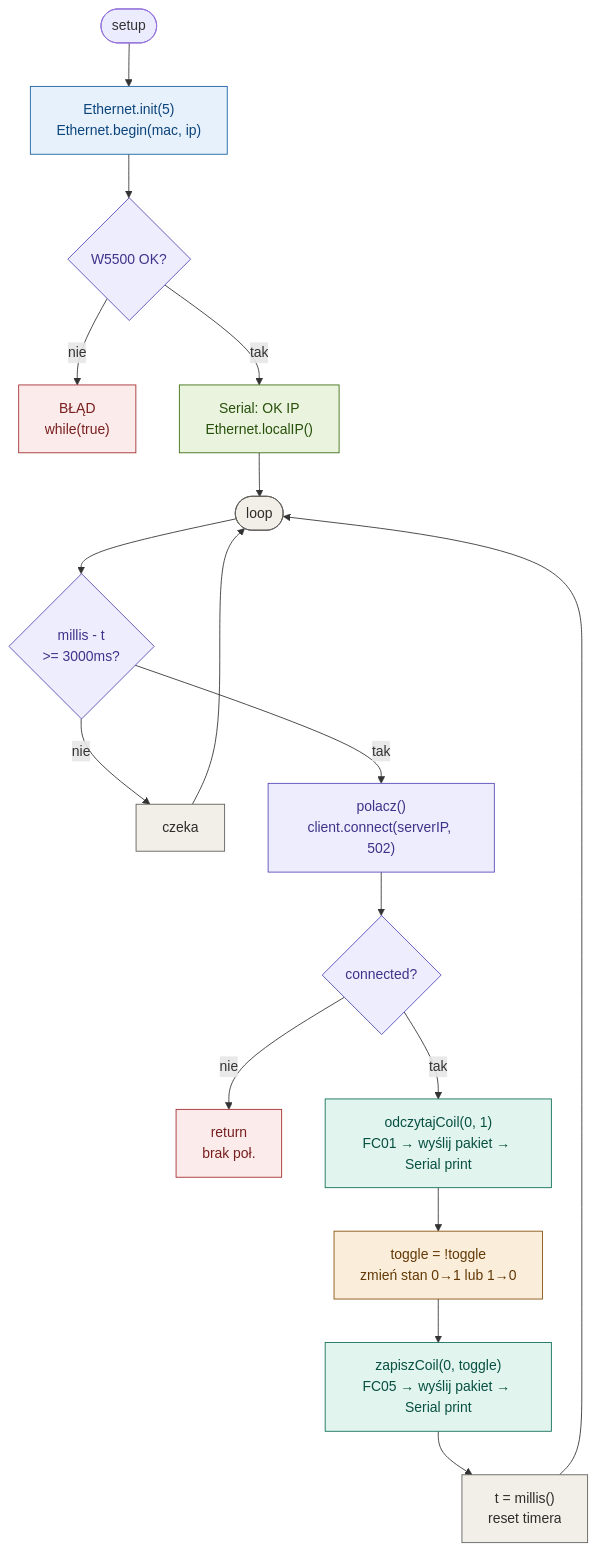
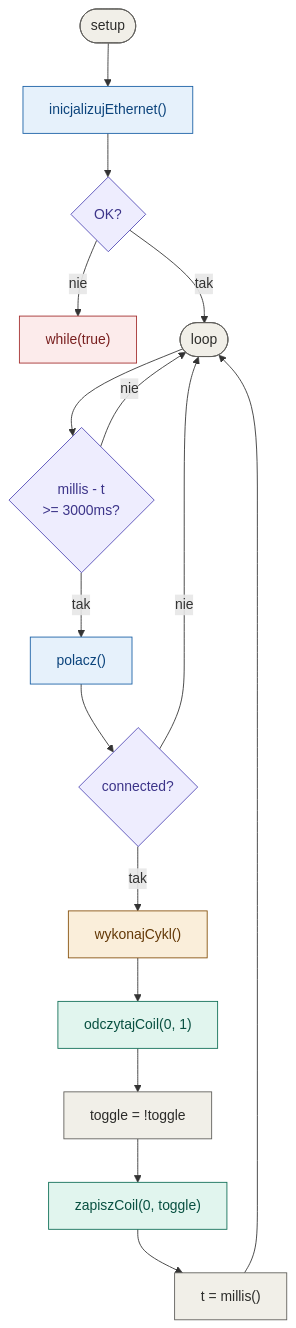
The fourth of 4 diagrams in README.md (przemek2508p/esp32-modbus-w5500), drawn with Mermaid before and after one commit. The commit also changed other lines of this file, not shown here.

Commit message:
docs(readme): diagram dla kazdego modulu po refaktoryzacji

````diff
--- a/README.md
+++ b/README.md
@@ -41,41 +145,27 @@
 ```mermaid
 flowchart TD
-    START([setup]) --> INIT
+    START([setup]):::gray --> INIT["inicjalizujEthernet()"]:::blue
+    INIT --> C{"OK?"}:::purple
+    C -- nie --> ERR["while(true)"]:::red
+    C -- tak --> LOOP
 
-    INIT["Ethernet.init(5)<br/>Ethernet.begin(mac, ip)"]:::blue --> W5500
-
-    W5500{W5500 OK?}:::purple
-    W5500 -- nie --> ERR["BŁĄD<br/>while(true)"]:::red
-    W5500 -- tak --> SERIAL
-
-    SERIAL["Serial: OK IP<br/>Ethernet.localIP()"]:::green --> LOOP
-
-    LOOP([loop]):::gray --> TIMER
-
-    TIMER{"millis - t<br/>>= 3000ms?"}:::purple
-    TIMER -- nie --> CZEKA["czeka"]:::gray
-    CZEKA --> LOOP
-    TIMER -- tak --> POLACZ
-
-    POLACZ["polacz()<br/>client.connect(serverIP, 502)"]:::purple --> CONN
-
-    CONN{"connected?"}:::purple
-    CONN -- nie --> RET["return<br/>brak poł."]:::red
-    CONN -- tak --> READ
-
-    READ["odczytajCoil(0, 1)<br/>FC01 → wyślij pakiet → Serial print"]:::teal --> TOGGLE
-
-    TOGGLE["toggle = !toggle<br/>zmień stan 0→1 lub 1→0"]:::amber --> WRITE
-
-    WRITE["zapiszCoil(0, toggle)<br/>FC05 → wyślij pakiet → Serial print"]:::teal --> RESET
-
-    RESET["t = millis()<br/>reset timera"]:::gray --> LOOP
+    LOOP([loop]):::gray --> TIMER{"millis - t<br/>>= 3000ms?"}:::purple
+    TIMER -- nie --> LOOP
+    TIMER -- tak --> P["polacz()"]:::blue
+    P --> CONN{"connected?"}:::purple
+    CONN -- nie --> LOOP
+    CONN -- tak --> CYK["wykonajCykl()"]:::amber
+    CYK --> READ["odczytajCoil(0, 1)"]:::teal
+    READ --> TOG["toggle = !toggle"]:::gray
+    TOG --> WRITE["zapiszCoil(0, toggle)"]:::teal
+    WRITE --> RESET["t = millis()"]:::gray
+    RESET --> LOOP
 
     classDef blue fill:#E6F1FB,stroke:#185FA5,color:#0C447C
     classDef purple fill:#EEEDFE,stroke:#534AB7,color:#3C3489
     classDef green fill:#EAF3DE,stroke:#3B6D11,color:#27500A
     classDef teal fill:#E1F5EE,stroke:#0F6E56,color:#085041
     classDef amber fill:#FAEEDA,stroke:#854F0B,color:#633806
     classDef red fill:#FCEBEB,stroke:#A32D2D,color:#791F1F
     classDef gray fill:#F1EFE8,stroke:#5F5E5A,color:#2C2C2A
 ```
````
